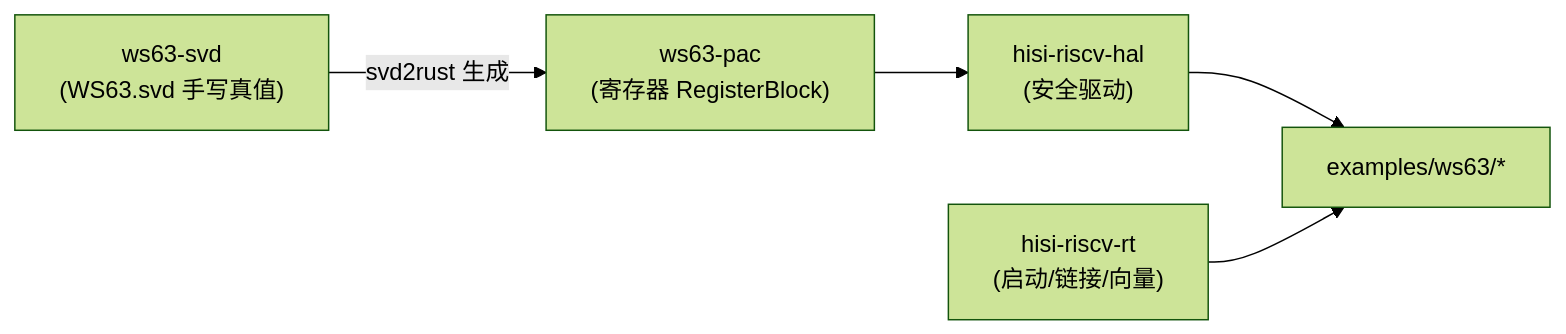
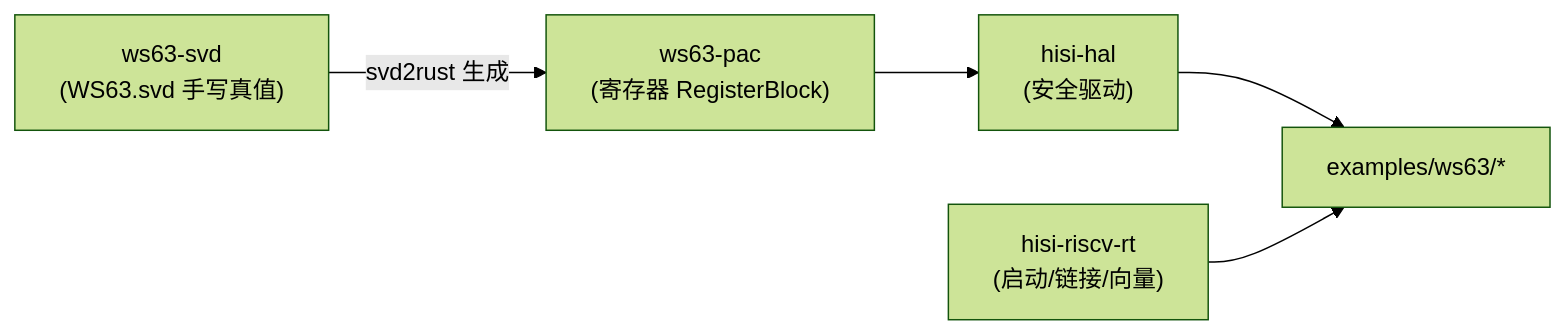
The diagram in docs/src/explanation/components/02-ws63-svd.md (hispark-rs/hisi-riscv-rs), drawn with Mermaid (forest theme) before and after one commit. The commit also changed other lines of this file and 40 other files, not shown here.

Commit message:
docs: migrate handbook to hisi-hal

````diff
--- a/docs/src/explanation/components/02-ws63-svd.md
+++ b/docs/src/explanation/components/02-ws63-svd.md
@@ -24,7 +24,7 @@
 ```mermaid
 flowchart LR
     SVD["ws63-svd<br/>(WS63.svd 手写真值)"] -->|svd2rust 生成| PAC["ws63-pac<br/>(寄存器 RegisterBlock)"]
-    PAC --> HAL["hisi-riscv-hal<br/>(安全驱动)"]
+    PAC --> HAL["hisi-hal<br/>(安全驱动)"]
     HAL --> EX["examples/ws63/*"]
     RT["hisi-riscv-rt<br/>(启动/链接/向量)"] --> EX
 ```
````
